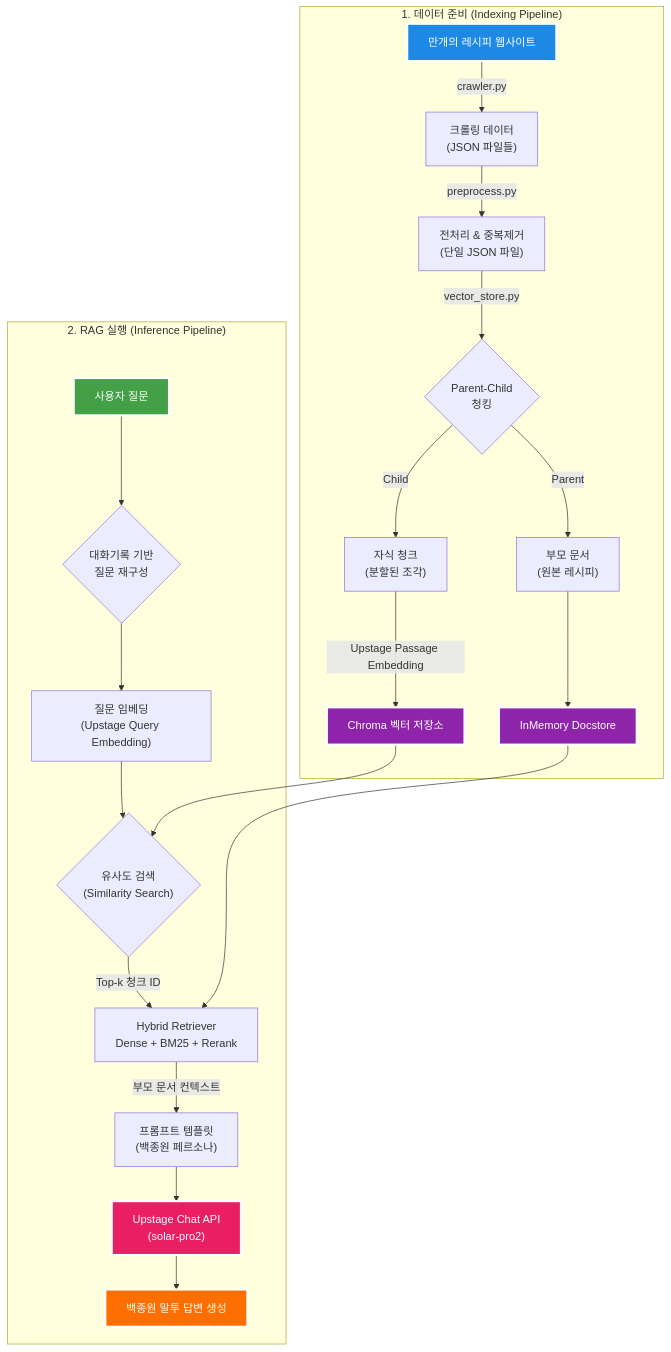
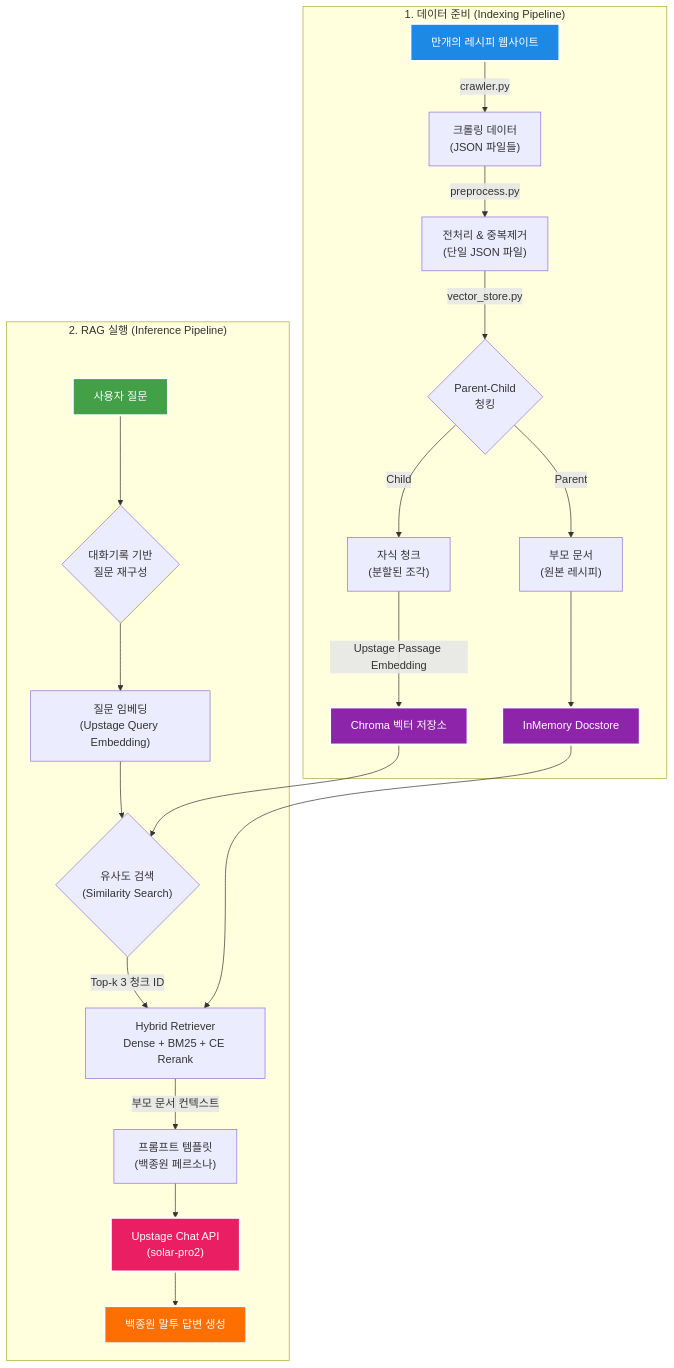
One commit to ohseungtae/upstageailab-langchain-pjt-langchain_3 changed the diagram in README.md. Above: the diagram before and after it, drawn with Mermaid.

````diff
--- a/README.md
+++ b/README.md
@@ -180,33 +180,33 @@
 ```mermaid
 
 flowchart TD
     subgraph indexing ["1. 데이터 준비 (Indexing Pipeline)"]
         A["만개의 레시피 웹사이트"] -->|crawler.py| B["크롤링 데이터<br/>(JSON 파일들)"]
         B -->|preprocess.py| C["전처리 & 중복제거<br/>(단일 JSON 파일)"]
         C -->|vector_store.py| D{"Parent-Child<br/>청킹"}
         D -->|Parent| E["부모 문서<br/>(원본 레시피)"]
         D -->|Child| F["자식 청크<br/>(분할된 조각)"]
         F -->|Upstage Passage Embedding| G["Chroma 벡터 저장소"]
         E --> H["InMemory Docstore"]
     end
     
     subgraph inference ["2. RAG 실행 (Inference Pipeline)"]
         J["사용자 질문"] --> K{"대화기록 기반<br/>질문 재구성"}
         K --> L["질문 임베딩<br/>(Upstage Query Embedding)"]
         L --> M{"유사도 검색<br/>(Similarity Search)"}
-        M -->|Top-k 청크 ID| N["Hybrid Retriever<br/>Dense + BM25 + Rerank"]
+        M -->|Top-k 3 청크 ID| N["Hybrid Retriever<br/>Dense + BM25 + CE Rerank"]
         N -->|부모 문서 컨텍스트| O["프롬프트 템플릿<br/>(백종원 페르소나)"]
         O --> P["Upstage Chat API<br/>(solar-pro2)"]
         P --> Q["백종원 말투 답변 생성"]
     end
     
     G --> M
     H --> N
     
     style A fill:#1e88e5,stroke:#ffffff,stroke-width:3px,color:#ffffff
     style J fill:#43a047,stroke:#ffffff,stroke-width:3px,color:#ffffff
     style G fill:#8e24aa,stroke:#ffffff,stroke-width:3px,color:#ffffff
     style H fill:#8e24aa,stroke:#ffffff,stroke-width:3px,color:#ffffff
     style Q fill:#ff6f00,stroke:#ffffff,stroke-width:3px,color:#ffffff
     style P fill:#e91e63,stroke:#ffffff,stroke-width:3px,color:#ffffff
 ```
````
